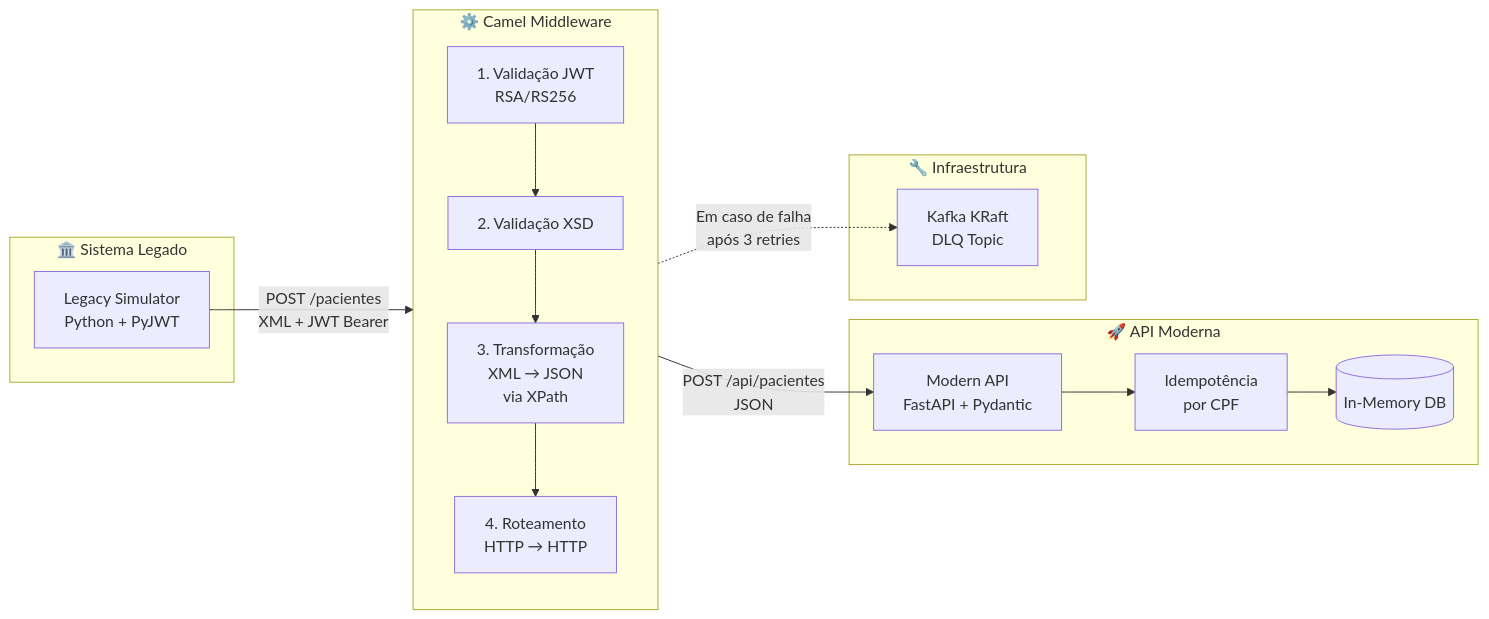
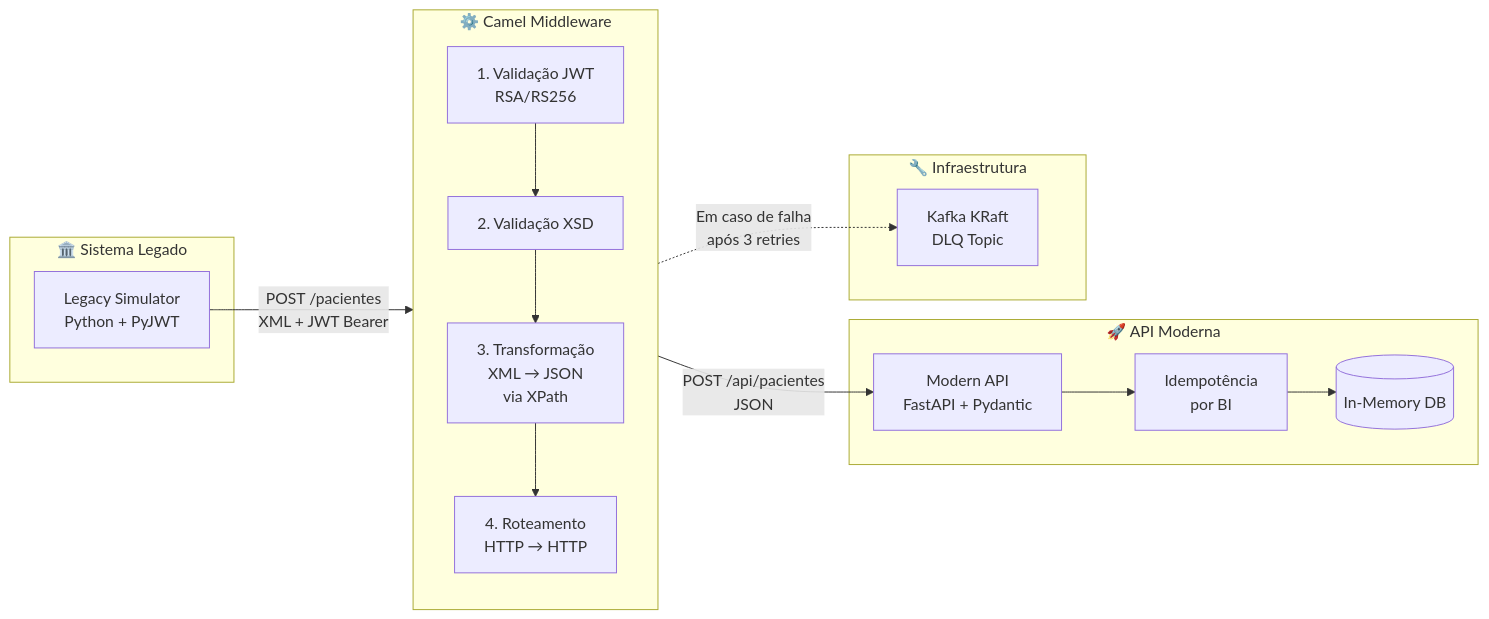
The diagram in README.md (Etevaldo15/apache-camel-lab), drawn with Mermaid before and after one commit.

````diff
--- a/README.md
+++ b/README.md
@@ -60,32 +60,32 @@
 ```mermaid
 flowchart LR
     subgraph Legacy["🏛️ Sistema Legado"]
         LS[Legacy Simulator<br/>Python + PyJWT]
     end
 
     subgraph Middleware["⚙️ Camel Middleware"]
         direction TB
         JWT[1. Validação JWT<br/>RSA/RS256]
         XSD[2. Validação XSD]
         TRANS[3. Transformação<br/>XML → JSON<br/>via XPath]
         ROUTE[4. Roteamento<br/>HTTP → HTTP]
 
         JWT --> XSD --> TRANS --> ROUTE
     end
 
     subgraph Modern["🚀 API Moderna"]
         MA[Modern API<br/>FastAPI + Pydantic]
-        IDEM[Idempotência<br/>por CPF]
+        IDEM[Idempotência<br/>por BI]
         DB[(In-Memory DB)]
 
         MA --> IDEM --> DB
     end
 
     subgraph Infra["🔧 Infraestrutura"]
         K[Kafka KRaft<br/>DLQ Topic]
     end
 
     LS -->|POST /pacientes<br/>XML + JWT Bearer| JWT
     ROUTE -->|POST /api/pacientes<br/>JSON| MA
     ROUTE -.->|Em caso de falha<br/>após 3 retries| K
 ```
````
